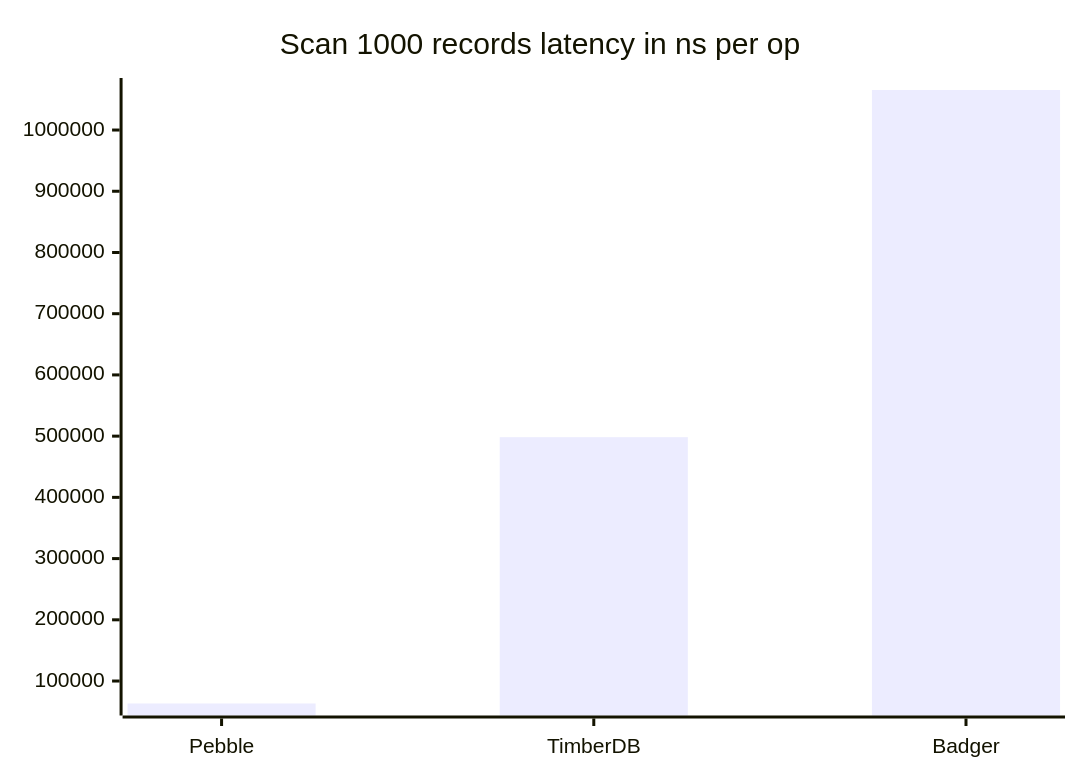
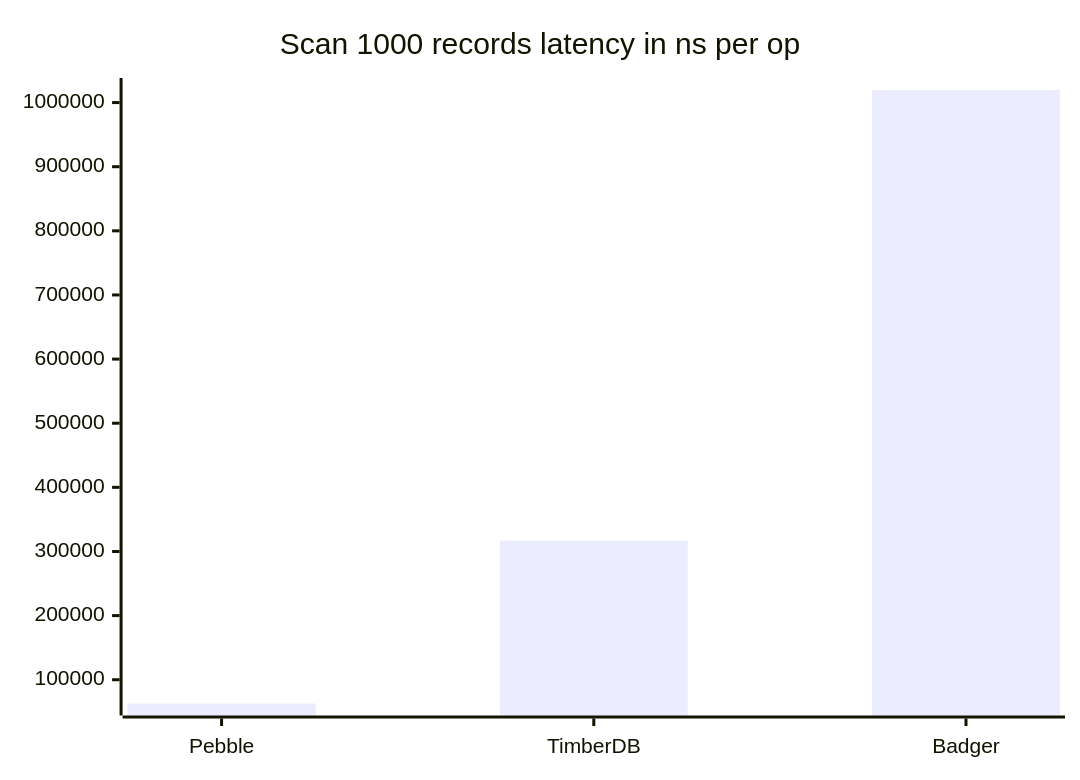
The third of 3 diagrams in README.md (ngaddam369/timberdb), drawn with Mermaid before and after one commit. The commit also changed other lines of this file and 8 other files, not shown here.

````diff
--- a/README.md
+++ b/README.md
@@ -77,6 +77,6 @@
 ```mermaid
 xychart-beta
     title "Scan 1000 records latency in ns per op"
     x-axis [Pebble, TimberDB, Badger]
-    bar [63301, 498343, 1065390]
+    bar [62939, 317020, 1019606]
 ```
````
